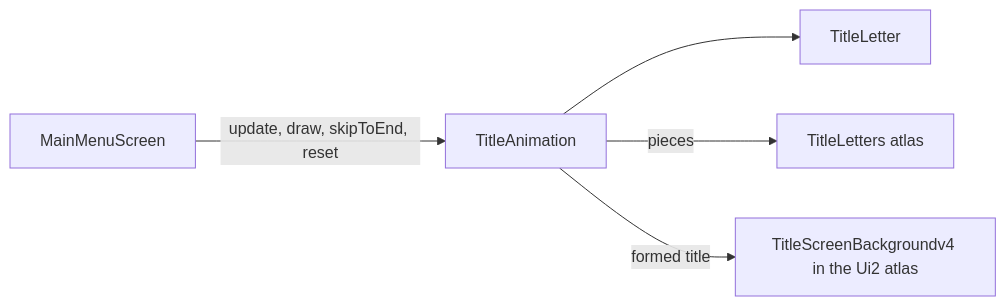
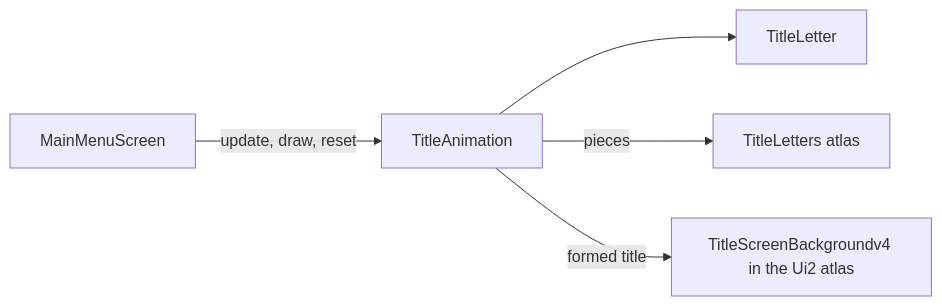
One commit to JohnLavender474/Megaman-Maverick changed the first of 2 diagrams in core/src/main/kotlin/com/megaman/maverick/game/screens/menus/title/README.md. Above: the diagram before and after it, drawn with Mermaid. The commit also changed other lines of this file and 4 other files, not shown here.

First line of the commit message:
187a: lock the main menu until the title is formed; no skip

````diff
--- a/core/src/main/kotlin/com/megaman/maverick/game/screens/menus/title/README.md
+++ b/core/src/main/kotlin/com/megaman/maverick/game/screens/menus/title/README.md
@@ -9,7 +9,7 @@
 ```mermaid
 flowchart LR
-    MainMenuScreen -->|update, draw, skipToEnd, reset| TitleAnimation
+    MainMenuScreen -->|update, draw, reset| TitleAnimation
     TitleAnimation --> TitleLetter
     TitleAnimation -->|pieces| Atlas[TitleLetters atlas]
     TitleAnimation -->|formed title| Ui2[TitleScreenBackgroundv4 in the Ui2 atlas]
 ```
````
